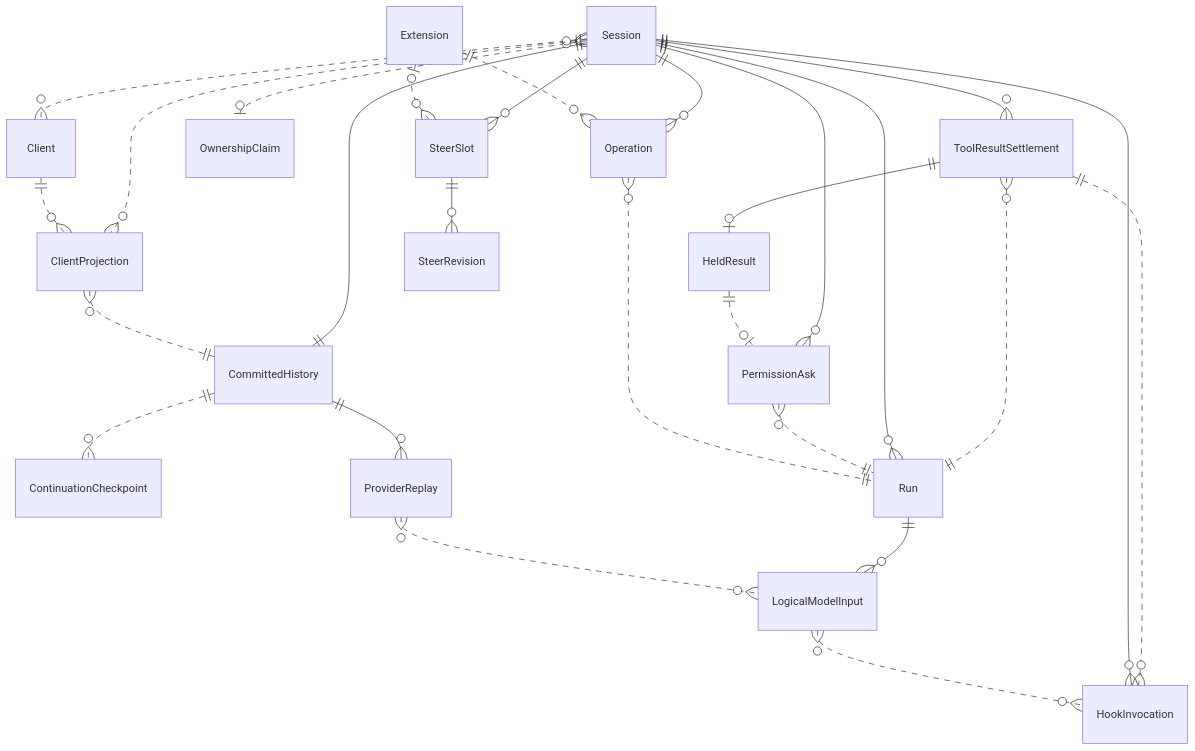
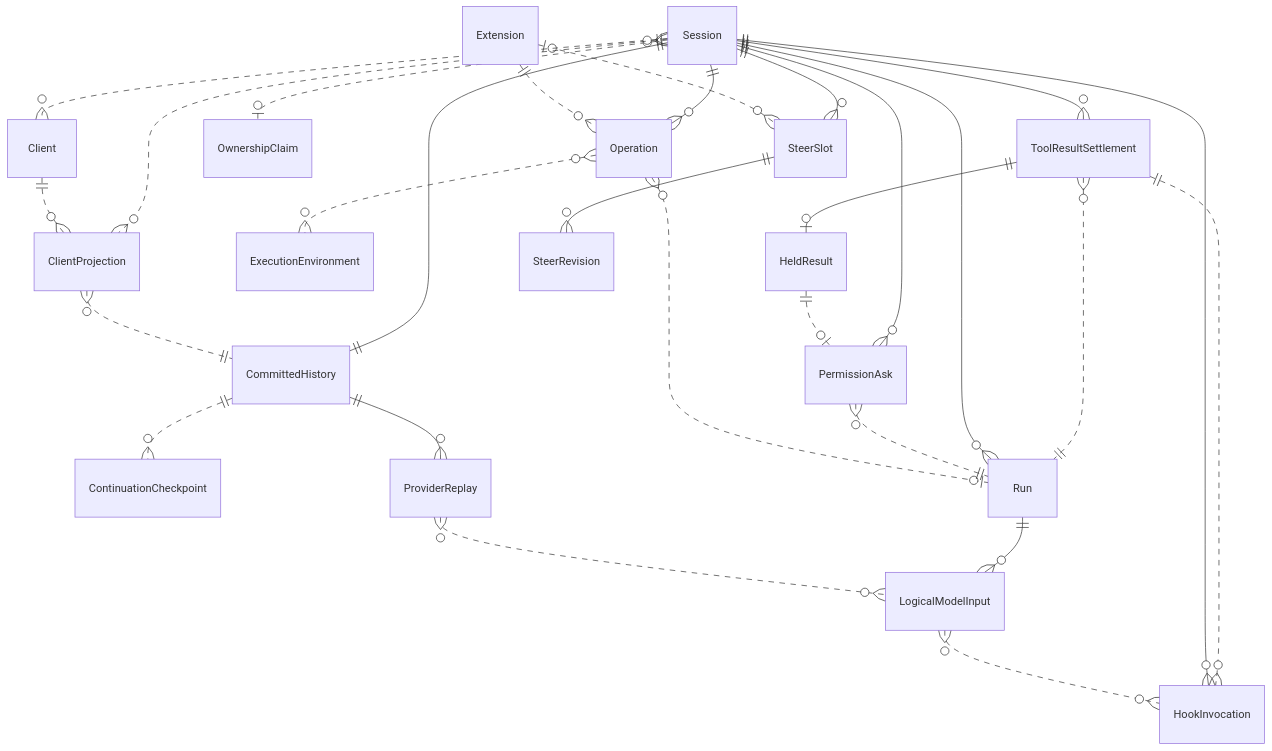
One commit to stacklok/mecatl changed the diagram in docs/drafts/session-commit-history.modelith.md. Above: the diagram before and after it, drawn with Mermaid. The commit also changed other lines of this file and 6 other files, not shown here.

````diff
--- a/docs/drafts/session-commit-history.modelith.md
+++ b/docs/drafts/session-commit-history.modelith.md
@@ -272,46 +286,48 @@
 ```mermaid
 erDiagram
     Client {}
     ClientProjection {}
     CommittedHistory {}
     ContinuationCheckpoint {}
+    ExecutionEnvironment {}
     Extension {}
     HeldResult {}
     HookInvocation {}
     LogicalModelInput {}
     Operation {}
     OwnershipClaim {}
     PermissionAsk {}
     ProviderReplay {}
     Run {}
     Session {}
     SteerRevision {}
     SteerSlot {}
     ToolResultSettlement {}
     Client ||..o{ ClientProjection : ""
     ClientProjection }o..|| CommittedHistory : ""
     CommittedHistory ||..o{ ContinuationCheckpoint : ""
     CommittedHistory ||--o{ ProviderReplay : ""
     Extension ||..o{ Operation : ""
     Extension |o..o{ SteerSlot : ""
     HeldResult ||..o| PermissionAsk : ""
     LogicalModelInput }o..o{ HookInvocation : ""
-    Operation }o..|| Run : ""
+    Operation }o..o| Run : ""
+    Operation }o..o{ ExecutionEnvironment : ""
     PermissionAsk }o..|| Run : ""
     ProviderReplay }o..o{ LogicalModelInput : ""
     Run ||--o{ LogicalModelInput : ""
     Session ||--|| CommittedHistory : ""
     Session ||--o{ Run : ""
     Session ||--o{ SteerSlot : ""
     Session ||--o{ PermissionAsk : ""
     Session ||--o{ Operation : ""
     Session ||--o{ HookInvocation : ""
     Session ||--o{ ToolResultSettlement : ""
     Session }o..o| OwnershipClaim : ""
     Session }o..o{ Client : ""
     Session ||..o{ ClientProjection : ""
     SteerSlot ||--o{ SteerRevision : ""
     ToolResultSettlement }o..|| Run : ""
     ToolResultSettlement ||..o{ HookInvocation : ""
     ToolResultSettlement ||--o| HeldResult : ""
 ```
````
